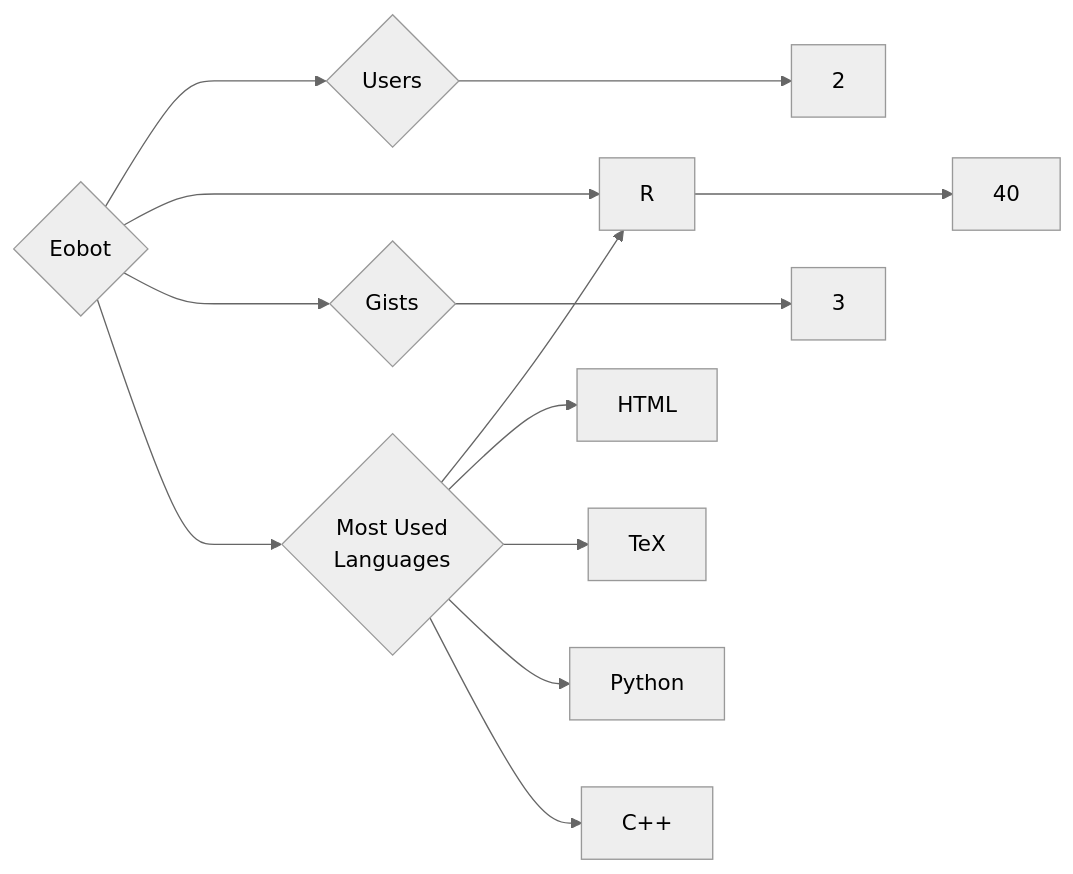
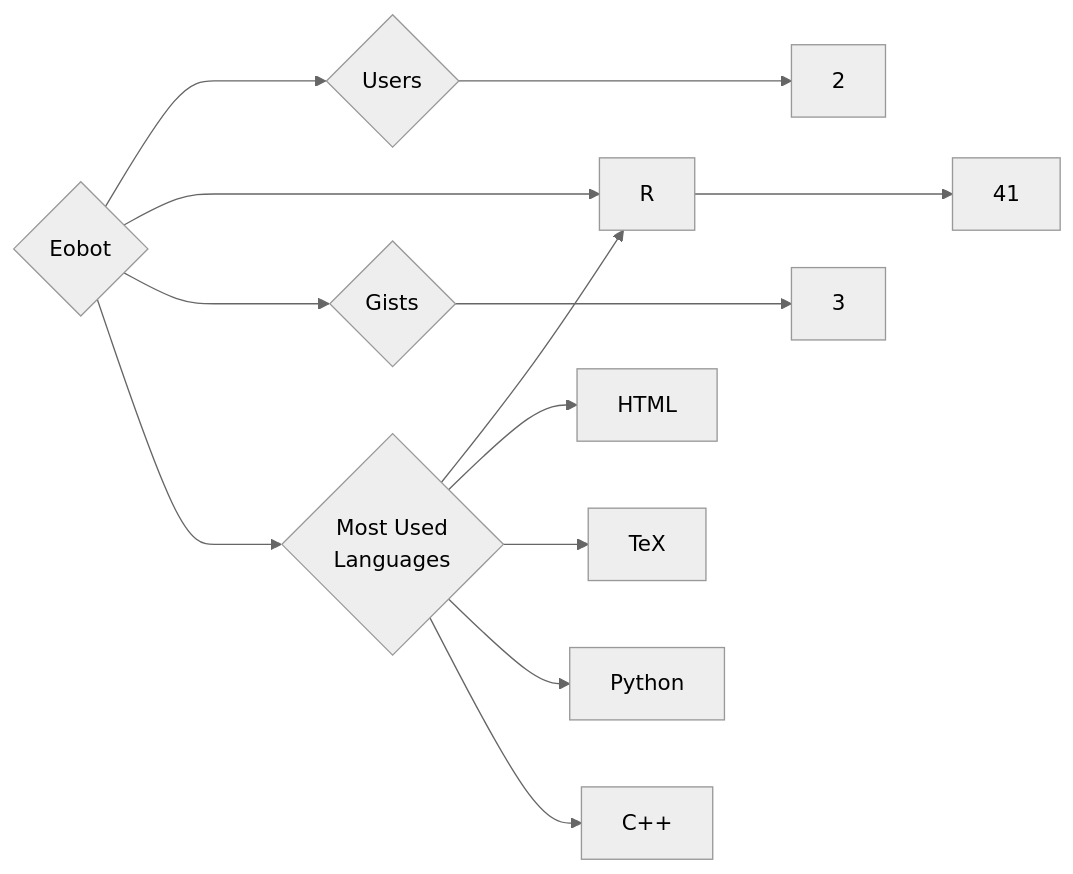
The diagram in targets/Eobot/README.md (trickest/insiders), drawn with Mermaid (neutral theme) before and after one commit. The commit also changed 934 other files, not shown here.

````diff
--- a/targets/Eobot/README.md
+++ b/targets/Eobot/README.md
@@ -3,13 +3,13 @@
 ```mermaid
 graph LR
 COMPANY_NAME{Eobot}
 COMPANY_NAME ---> U{Users} ---> UN[2]
-COMPANY_NAME ---> R{Repositories} ---> RN[40]
+COMPANY_NAME ---> R{Repositories} ---> RN[41]
 COMPANY_NAME ---> G{Gists} ---> GN[3]
 COMPANY_NAME ---> ML{Most Used<br>Languages}
 ML --> R[R]
 ML --> HTML[HTML]
 ML --> TeX[TeX]
 ML --> Python[Python]
 ML --> C++[C++]
 ```
````
